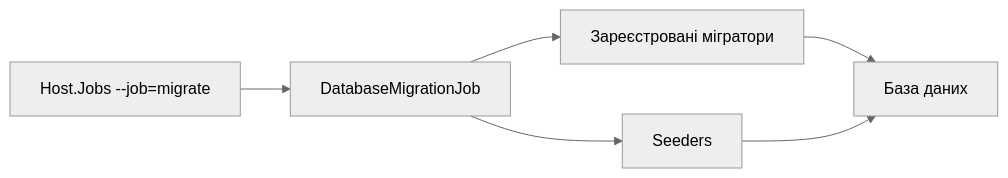
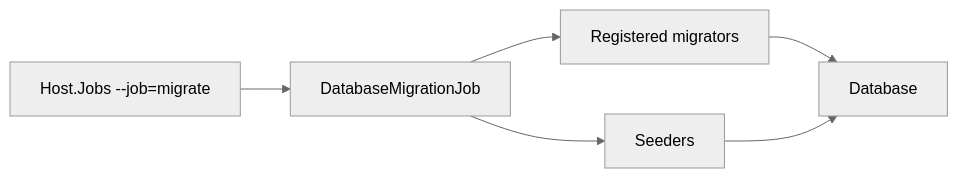
One commit to Weretik/KedrStore changed the diagram in docs/sdd/features/platform/database-migration.md. Above: the diagram before and after it, drawn with Mermaid (neutral theme). The commit also changed other lines of this file and 83 other files, not shown here.

Commit message:
docs(kedr): reconcile architecture and delivery guidance

````diff
--- a/docs/sdd/features/platform/database-migration.md
+++ b/docs/sdd/features/platform/database-migration.md
@@ -26,8 +26,8 @@
 ```mermaid
 flowchart LR
     A["Host.Jobs --job=migrate"] --> B["DatabaseMigrationJob"]
-    B --> C["Зареєстровані мігратори"]
-    C --> D["База даних"]
+    B --> C["Registered migrators"]
+    C --> D["Database"]
     B --> E["Seeders"]
     E --> D
 ```
````
